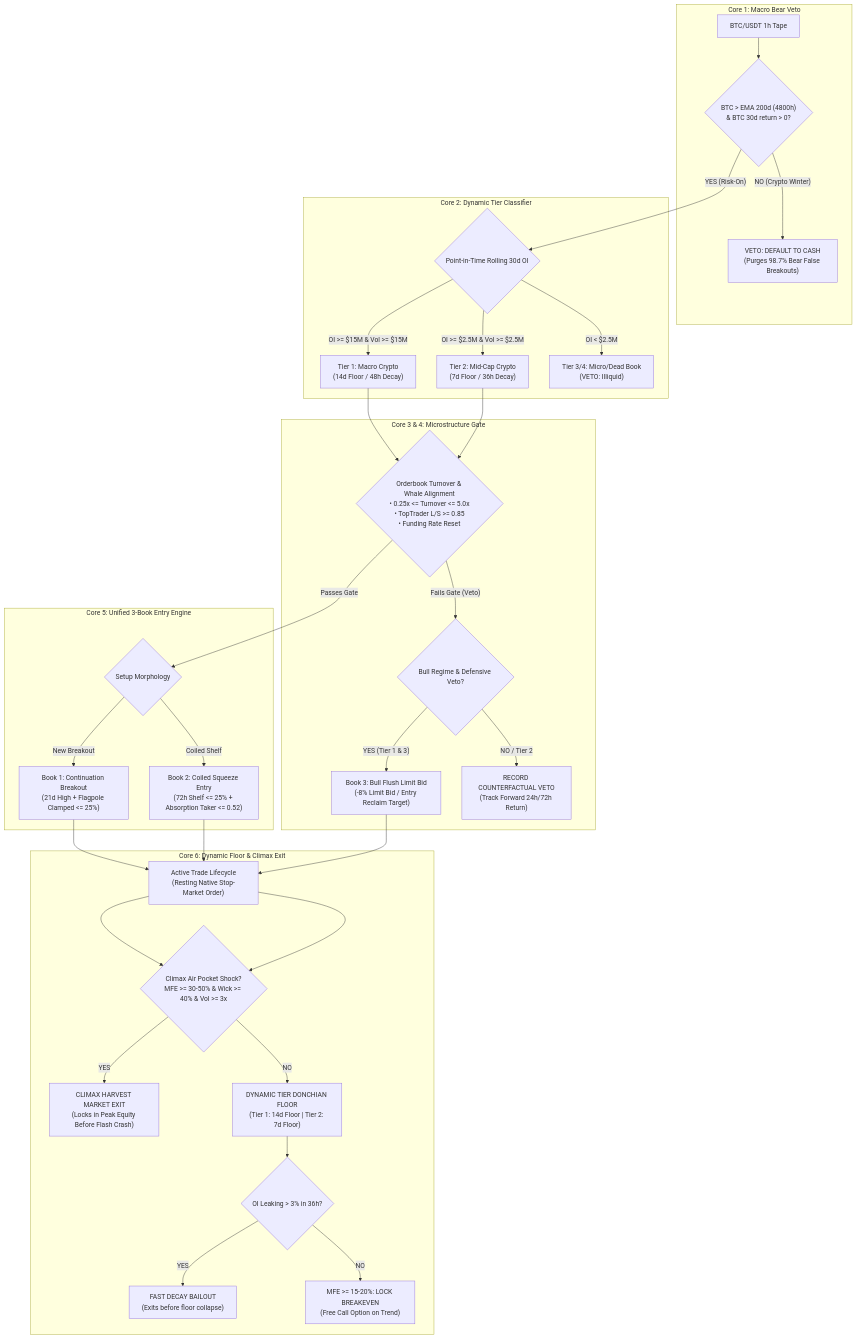
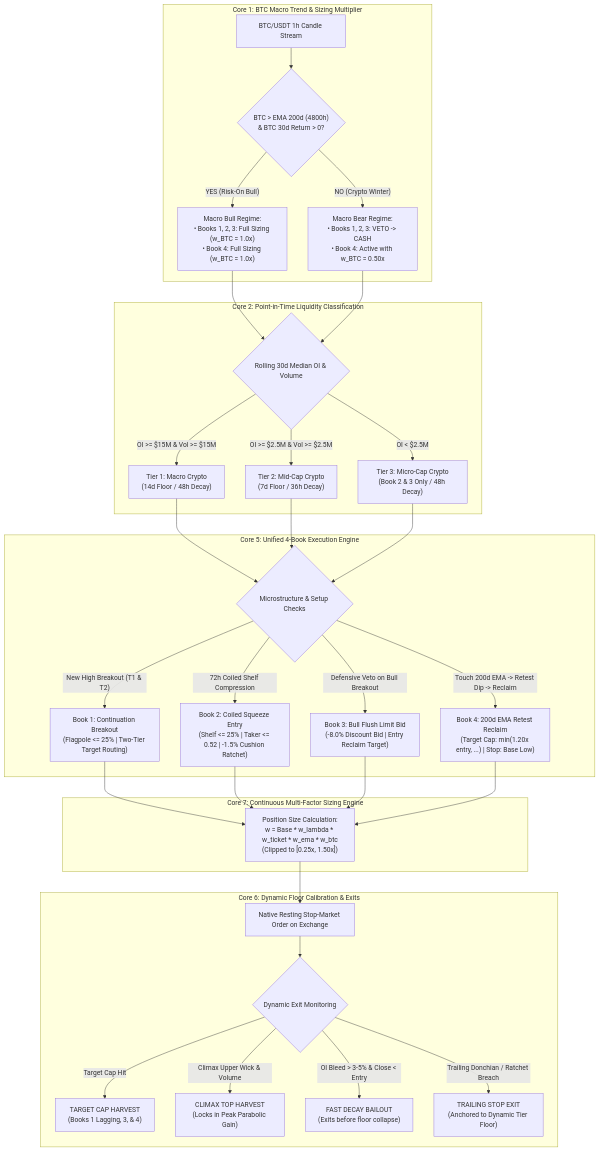
The diagram in V12_ARCHITECTURE_SPEC.md (nadana1985/Momentum-Engine), drawn with Mermaid before and after one commit. The commit also changed other lines of this file and 673 other files, not shown here.

Commit message:
feat(v13.3): upgrade Momentum-Engine to V13.3 Master Unified Multi-Book Architecture

````diff
--- a/V12_ARCHITECTURE_SPEC.md
+++ b/V12_ARCHITECTURE_SPEC.md
@@ -36,34 +47,37 @@
 ```mermaid
 flowchart TD
-    subgraph Core1_Macro ["Core 1: Macro Bear Veto"]
-        BTC["BTC/USDT 1h Tape"] --> MacroCheck{"BTC > EMA 200d (4800h)\n& BTC 30d return > 0?"}
-        MacroCheck -- "NO (Crypto Winter)" --> CashBear["VETO: DEFAULT TO CASH\n(Purges 98.7% Bear False Breakouts)"]
+    subgraph Core1_Macro ["Core 1: BTC Macro Trend & Sizing Multiplier"]
+        BTC["BTC/USDT 1h Candle Stream"] --> BTC_Eval{"BTC > EMA 200d (4800h)\n& BTC 30d Return > 0?"}
+        BTC_Eval -- "NO (Crypto Winter)" --> BearMode["Macro Bear Regime:\n• Books 1, 2, 3: VETO -> CASH\n• Book 4: Active with w_BTC = 0.50x"]
+        BTC_Eval -- "YES (Risk-On Bull)" --> BullMode["Macro Bull Regime:\n• Books 1, 2, 3: Full Sizing (w_BTC = 1.0x)\n• Book 4: Full Sizing (w_BTC = 1.0x)"]
     end
-    subgraph Core2_Tier ["Core 2: Dynamic Tier Classifier"]
-        MacroCheck -- "YES (Risk-On)" --> TierEval{"Point-in-Time Rolling 30d OI"}
-        TierEval -- "OI >= $15M & Vol >= $15M" --> Tier1["Tier 1: Macro Crypto\n(14d Floor / 48h Decay)"]
-        TierEval -- "OI >= $2.5M & Vol >= $2.5M" --> Tier2["Tier 2: Mid-Cap Crypto\n(7d Floor / 36h Decay)"]
-        TierEval -- "OI < $2.5M" --> Discard["Tier 3/4: Micro/Dead Book\n(VETO: Illiquid)"]
+
+    subgraph Core2_Tiering ["Core 2: Point-in-Time Liquidity Classification"]
+        BullMode & BearMode --> ShardEval{"Rolling 30d Median OI & Volume"}
+        ShardEval -- "OI >= $15M & Vol >= $15M" --> T1["Tier 1: Macro Crypto\n(14d Floor / 48h Decay)"]
+        ShardEval -- "OI >= $2.5M & Vol >= $2.5M" --> T2["Tier 2: Mid-Cap Crypto\n(7d Floor / 36h Decay)"]
+        ShardEval -- "OI < $2.5M" --> T3["Tier 3: Micro-Cap Crypto\n(Book 2 & 3 Only / 48h Decay)"]
     end
-    subgraph Core3_4_Gate ["Core 3 & 4: Microstructure Gate"]
-        Tier1 & Tier2 --> MicroGate{"Orderbook Turnover & Whale Alignment\n• 0.25x <= Turnover <= 5.0x\n• TopTrader L/S >= 0.85\n• Funding Rate Reset"}
-        MicroGate -- "Fails Gate (Veto)" --> Book3Check{"Bull Regime & Defensive Veto?"}
-        Book3Check -- "YES (Tier 1 & 3)" --> B3["Book 3: Bull Flush Limit Bid\n(-8% Limit Bid / Entry Reclaim Target)"]
-        Book3Check -- "NO / Tier 2" --> TelemetryVeto["RECORD COUNTERFACTUAL VETO\n(Track Forward 24h/72h Return)"]
+
+    subgraph Core5_Books ["Core 5: Unified 4-Book Execution Engine"]
+        T1 & T2 & T3 --> GateEval{"Microstructure & Setup Checks"}
+        
+        GateEval -- "Touch 200d EMA -> Retest Dip -> Reclaim" --> B4["Book 4: 200d EMA Retest Reclaim\n(Target Cap: min(1.20x entry, ...) | Stop: Base Low)"]
+        GateEval -- "New High Breakout (T1 & T2)" --> B1["Book 1: Continuation Breakout\n(Flagpole <= 25% | Two-Tier Target Routing)"]
+        GateEval -- "72h Coiled Shelf Compression" --> B2["Book 2: Coiled Squeeze Entry\n(Shelf <= 25% | Taker <= 0.52 | -1.5% Cushion Ratchet)"]
+        GateEval -- "Defensive Veto on Bull Breakout" --> B3["Book 3: Bull Flush Limit Bid\n(-8.0% Discount Bid | Entry Reclaim Target)"]
     end
-    subgraph Core5_Entry ["Core 5: Unified 3-Book Entry Engine"]
-        MicroGate -- "Passes Gate" --> EntryCheck{"Setup Morphology"}
-        EntryCheck -- "New Breakout" --> B1["Book 1: Continuation Breakout\n(21d High + Flagpole Clamped <= 25%)"]
-        EntryCheck -- "Coiled Shelf" --> B2["Book 2: Coiled Squeeze Entry\n(72h Shelf <= 25% + Absorption Taker <= 0.52)"]
+
+    subgraph Core7_Sizing ["Core 7: Continuous Multi-Factor Sizing Engine"]
+        B1 & B2 & B3 & B4 --> SizeCalc["Position Size Calculation:\nw = Base * w_lambda * w_ticket * w_ema * w_btc\n(Clipped to [0.25x, 1.50x])"]
     end
-    subgraph Core6_Execution ["Core 6: Dynamic Floor & Climax Exit"]
-        B1 & B2 & B3 --> ActivePosition["Active Trade Lifecycle\n(Resting Native Stop-Market Order)"]
-        ActivePosition --> ClimaxCheck{"Climax Air Pocket Shock?\nMFE >= 30-50% & Wick >= 40% & Vol >= 3x"}
-        ActivePosition --> ClimaxCheck
-        ClimaxCheck -- "YES" --> MarketExit["CLIMAX HARVEST MARKET EXIT\n(Locks in Peak Equity Before Flash Crash)"]
-        ClimaxCheck -- "NO" --> TrailFloor["DYNAMIC TIER DONCHIAN FLOOR\n(Tier 1: 14d Floor | Tier 2: 7d Floor)"]
-        TrailFloor --> FastDecay{"OI Leaking > 3% in 36h?"}
-        FastDecay -- "YES" --> FastExit["FAST DECAY BAILOUT\n(Exits before floor collapse)"]
-        FastDecay -- "NO" --> RatchetBE["MFE >= 15-20%: LOCK BREAKEVEN\n(Free Call Option on Trend)"]
+
+    subgraph Core6_Execution ["Core 6: Dynamic Floor Calibration & Exits"]
+        SizeCalc --> TradeExec["Native Resting Stop-Market Order on Exchange"]
+        TradeExec --> ExitEval{"Dynamic Exit Monitoring"}
+        ExitEval -- "Target Cap Hit" --> TargetExit["TARGET CAP HARVEST\n(Books 1 Lagging, 3, & 4)"]
+        ExitEval -- "Climax Upper Wick & Volume" --> ClimaxExit["CLIMAX TOP HARVEST\n(Locks in Peak Parabolic Gain)"]
+        ExitEval -- "OI Bleed > 3-5% & Close < Entry" --> DecayExit["FAST DECAY BAILOUT\n(Exits before floor collapse)"]
+        ExitEval -- "Trailing Donchian / Ratchet Breach" --> FloorExit["TRAILING STOP EXIT\n(Anchored to Dynamic Tier Floor)"]
     end
 ```
````
